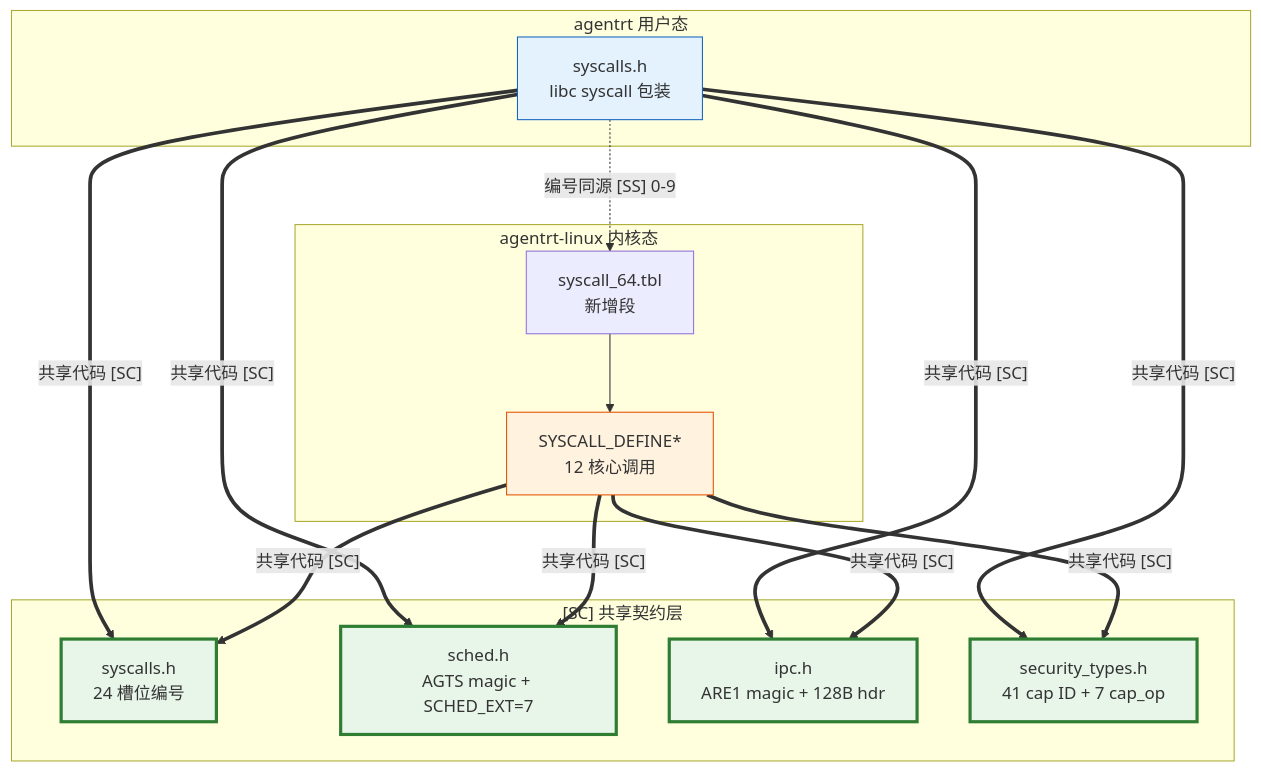
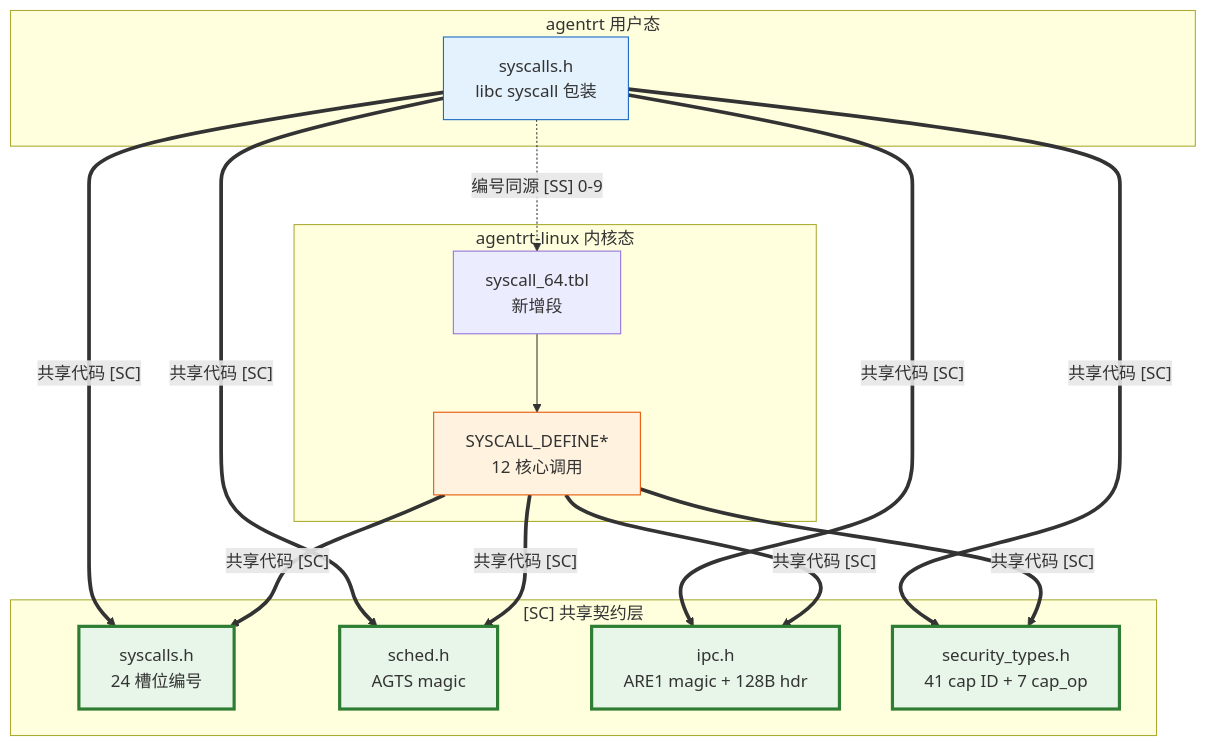
One commit to openairymax/docs changed the diagram in AirymaxOS/30-interfaces/01-syscalls.md. Above: the diagram before and after it, drawn with Mermaid. The commit also changed other lines of this file and 115 other files, not shown here.

````diff
--- a/AirymaxOS/30-interfaces/01-syscalls.md
+++ b/AirymaxOS/30-interfaces/01-syscalls.md
@@ -682,36 +682,36 @@
 ```mermaid
 graph TB
     subgraph "agentrt 用户态"
         RT_USR[syscalls.h<br/>libc syscall 包装]
     end
 
     subgraph "agentrt-linux 内核态"
         OS_TBL[syscall_64.tbl<br/>新增段]
         OS_DEF[SYSCALL_DEFINE*<br/>12 核心调用]
     end
 
     subgraph "[SC] 共享契约层"
         SC0[syscalls.h<br/>24 槽位编号]
-        SC1[sched.h<br/>AGTS magic + SCHED_EXT=7]
+        SC1[sched.h<br/>AGTS magic]
         SC2[ipc.h<br/>ARE1 magic + 128B hdr]
         SC3[security_types.h<br/>41 cap ID + 7 cap_op]
     end
 
     RT_USR -.->|"编号同源 [SS] 0-9"| OS_TBL
     OS_TBL --> OS_DEF
     RT_USR ==>|"共享代码 [SC]"| SC0
     RT_USR ==>|"共享代码 [SC]"| SC1
     RT_USR ==>|"共享代码 [SC]"| SC2
     RT_USR ==>|"共享代码 [SC]"| SC3
     OS_DEF ==>|"共享代码 [SC]"| SC0
     OS_DEF ==>|"共享代码 [SC]"| SC1
     OS_DEF ==>|"共享代码 [SC]"| SC2
     OS_DEF ==>|"共享代码 [SC]"| SC3
 
     style SC0 fill:#e8f5e9,stroke:#2e7d32,stroke-width:3px
     style SC1 fill:#e8f5e9,stroke:#2e7d32,stroke-width:3px
     style SC2 fill:#e8f5e9,stroke:#2e7d32,stroke-width:3px
     style SC3 fill:#e8f5e9,stroke:#2e7d32,stroke-width:3px
     style RT_USR fill:#e3f2fd,stroke:#1565c0
     style OS_DEF fill:#fff3e0,stroke:#e65100
 ```
````
